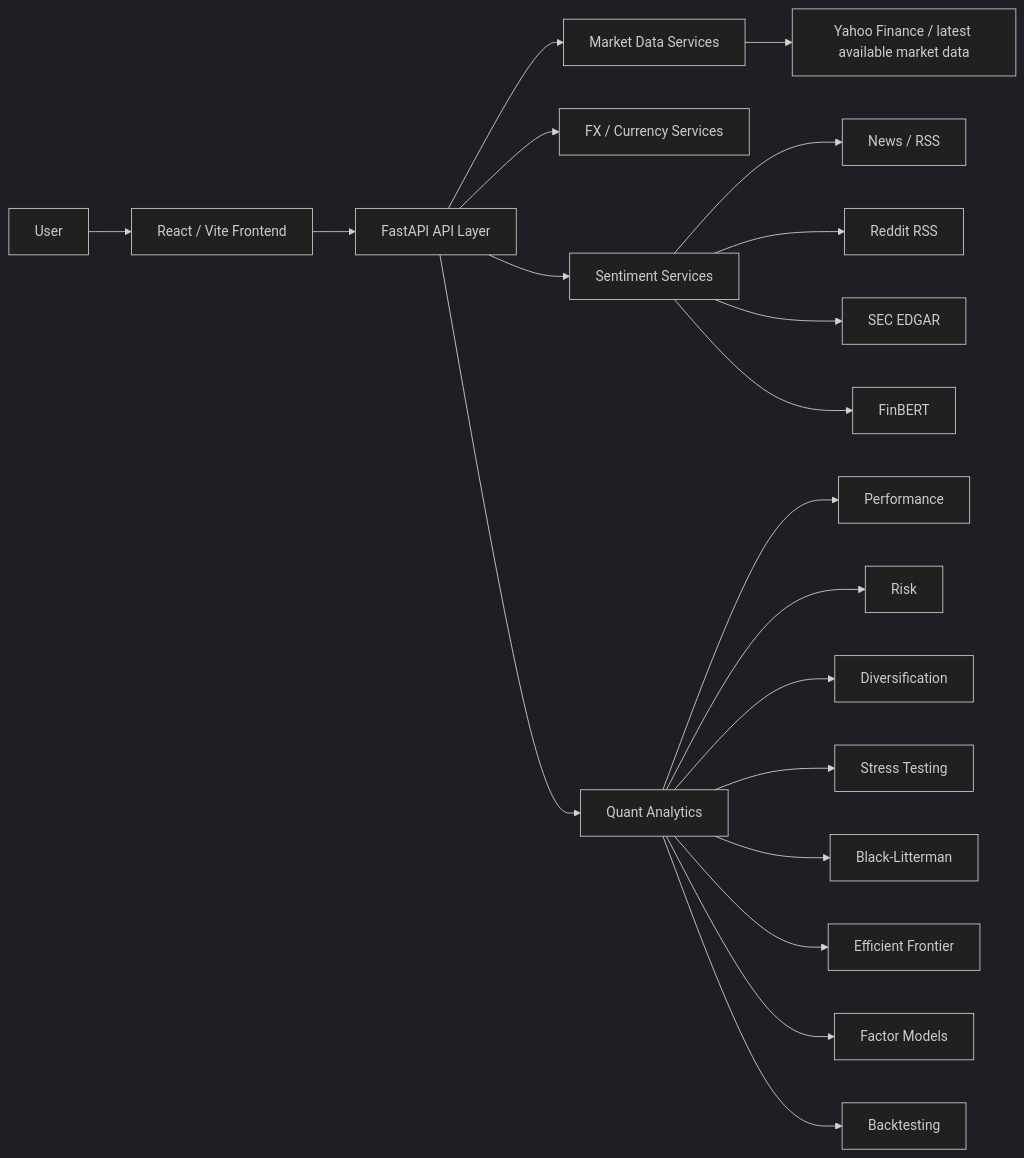
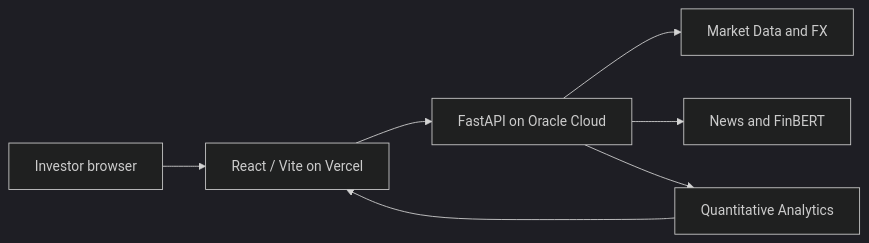
Before and after one commit to jasjitsingh17/finclarity: the diagram in README.md, drawn with Mermaid (dark theme). The commit also changed other lines of this file, not shown here.

Commit message:
Update FinClarity project documentation

````diff
--- a/README.md
+++ b/README.md
@@ -107,25 +75,9 @@
 ```mermaid
 flowchart LR
-    U[User] --> F[React / Vite Frontend]
-    F --> A[FastAPI API Layer]
-
-    A --> M[Market Data Services]
-    A --> FX[FX / Currency Services]
-    A --> S[Sentiment Services]
-    A --> Q[Quant Analytics]
-
-    M --> Y[Yahoo Finance / latest available market data]
-    S --> N[News / RSS]
-    S --> R[Reddit RSS]
-    S --> E[SEC EDGAR]
-    S --> B[FinBERT]
-
-    Q --> P[Performance]
-    Q --> K[Risk]
-    Q --> D[Diversification]
-    Q --> T[Stress Testing]
-    Q --> BL[Black-Litterman]
-    Q --> EF[Efficient Frontier]
-    Q --> FM[Factor Models]
-    Q --> BT[Backtesting]
+  B[Investor browser] --> F[React / Vite on Vercel]
+  F --> A[FastAPI on Oracle Cloud]
+  A --> M[Market Data and FX]
+  A --> N[News and FinBERT]
+  A --> Q[Quantitative Analytics]
+  Q --> F
 ```
````
